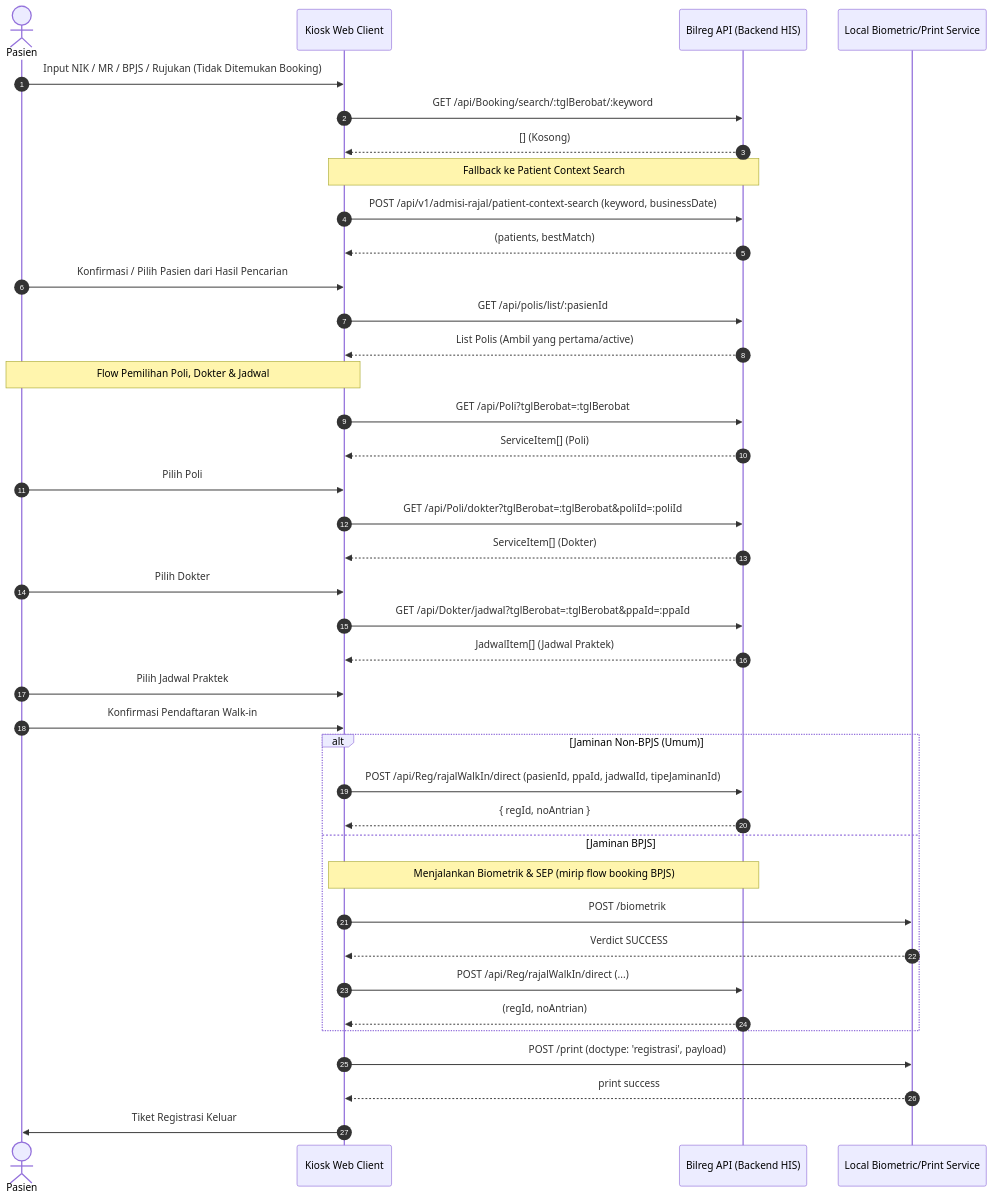
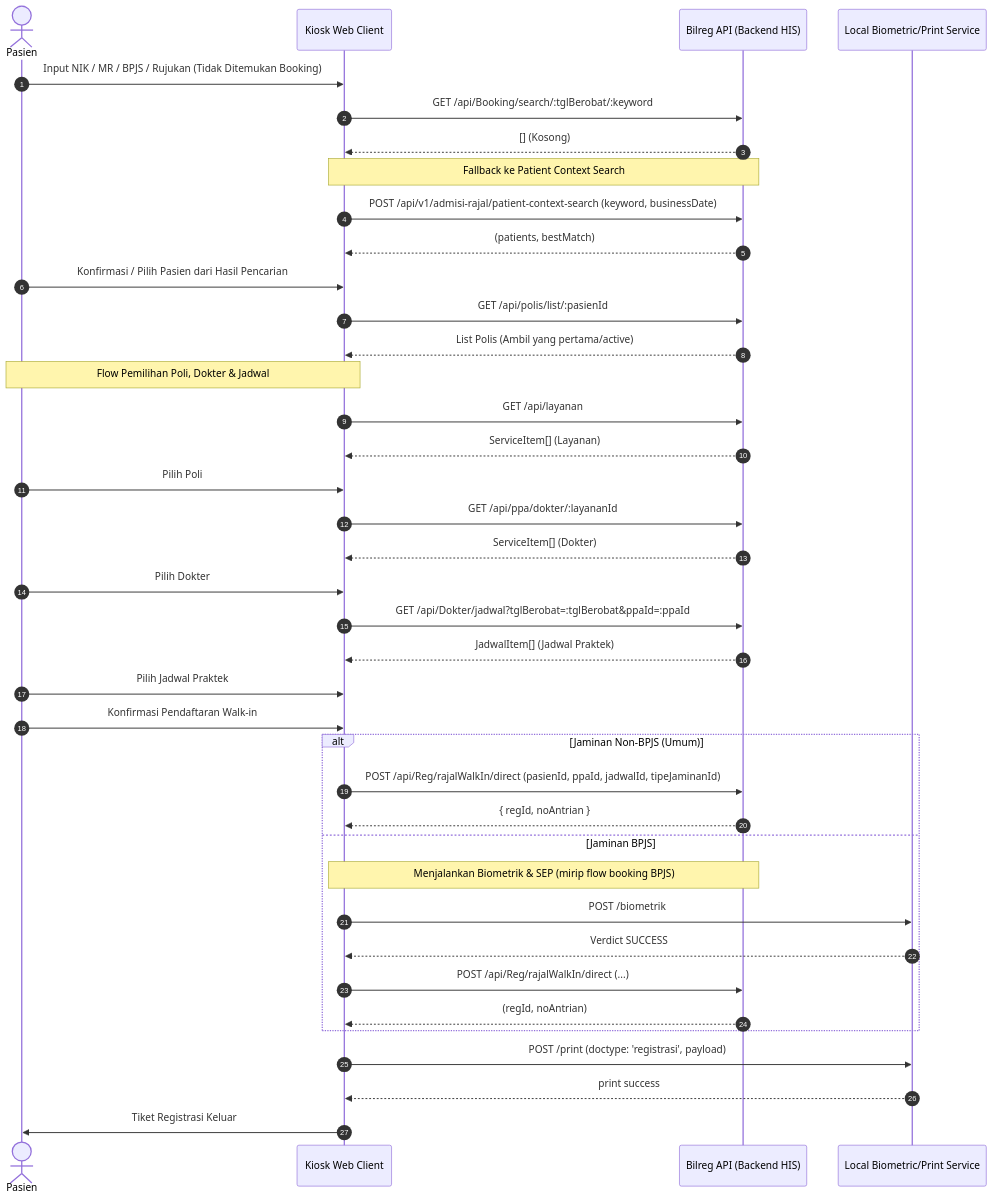
Before and after one commit to smart-ics/c013-kiosk-queue-display-web: the fifth of 6 diagrams in docs/architecture/2026-08-03-kiosk-self-registration.md, drawn with Mermaid. The commit also changed other lines of this file, not shown here.

Commit message:
docs(kiosk): update self-registration docs with correct layanan and ppa/dokter endpoints

````diff
--- a/docs/architecture/2026-08-03-kiosk-self-registration.md
+++ b/docs/architecture/2026-08-03-kiosk-self-registration.md
@@ -192,50 +192,50 @@
 ```mermaid
 sequenceDiagram
     autonumber
     actor Pasien
     participant Kiosk as Kiosk Web Client
     participant Bilreg as Bilreg API (Backend HIS)
     participant LocalApp as Local Biometric/Print Service
 
     Pasien->>Kiosk: Input NIK / MR / BPJS / Rujukan (Tidak Ditemukan Booking)
     Kiosk->>Bilreg: GET /api/Booking/search/:tglBerobat/:keyword
     Bilreg-->>Kiosk: [] (Kosong)
     
     Note over Kiosk, Bilreg: Fallback ke Patient Context Search
     Kiosk->>Bilreg: POST /api/v1/admisi-rajal/patient-context-search (keyword, businessDate)
     Bilreg-->>Kiosk: (patients, bestMatch)
     
     Pasien->>Kiosk: Konfirmasi / Pilih Pasien dari Hasil Pencarian
     Kiosk->>Bilreg: GET /api/polis/list/:pasienId
     Bilreg-->>Kiosk: List Polis (Ambil yang pertama/active)
     
     Note over Kiosk, Pasien: Flow Pemilihan Poli, Dokter & Jadwal
-    Kiosk->>Bilreg: GET /api/Poli?tglBerobat=:tglBerobat
-    Bilreg-->>Kiosk: ServiceItem[] (Poli)
+    Kiosk->>Bilreg: GET /api/layanan
+    Bilreg-->>Kiosk: ServiceItem[] (Layanan)
     Pasien->>Kiosk: Pilih Poli
     
-    Kiosk->>Bilreg: GET /api/Poli/dokter?tglBerobat=:tglBerobat&poliId=:poliId
+    Kiosk->>Bilreg: GET /api/ppa/dokter/:layananId
     Bilreg-->>Kiosk: ServiceItem[] (Dokter)
     Pasien->>Kiosk: Pilih Dokter
     
     Kiosk->>Bilreg: GET /api/Dokter/jadwal?tglBerobat=:tglBerobat&ppaId=:ppaId
     Bilreg-->>Kiosk: JadwalItem[] (Jadwal Praktek)
     Pasien->>Kiosk: Pilih Jadwal Praktek
     
     Pasien->>Kiosk: Konfirmasi Pendaftaran Walk-in
     
     alt Jaminan Non-BPJS (Umum)
         Kiosk->>Bilreg: POST /api/Reg/rajalWalkIn/direct (pasienId, ppaId, jadwalId, tipeJaminanId)
         Bilreg-->>Kiosk: { regId, noAntrian }
     else Jaminan BPJS
         Note over Kiosk, Bilreg: Menjalankan Biometrik & SEP (mirip flow booking BPJS)
         Kiosk->>LocalApp: POST /biometrik
         LocalApp-->>Kiosk: Verdict SUCCESS
         Kiosk->>Bilreg: POST /api/Reg/rajalWalkIn/direct (...)
         Bilreg-->>Kiosk: (regId, noAntrian)
     end
     
     Kiosk->>LocalApp: POST /print (doctype: 'registrasi', payload)
     LocalApp-->>Kiosk: print success
     Kiosk->>Pasien: Tiket Registrasi Keluar
 ```
````
